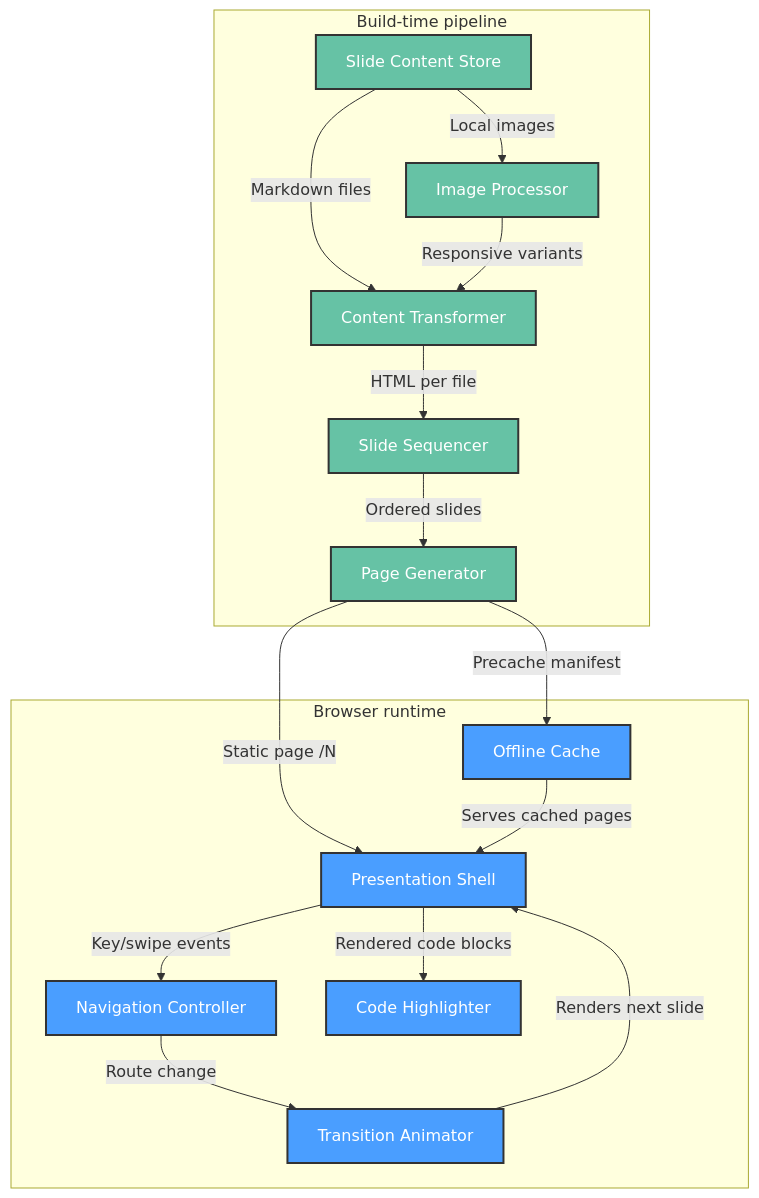
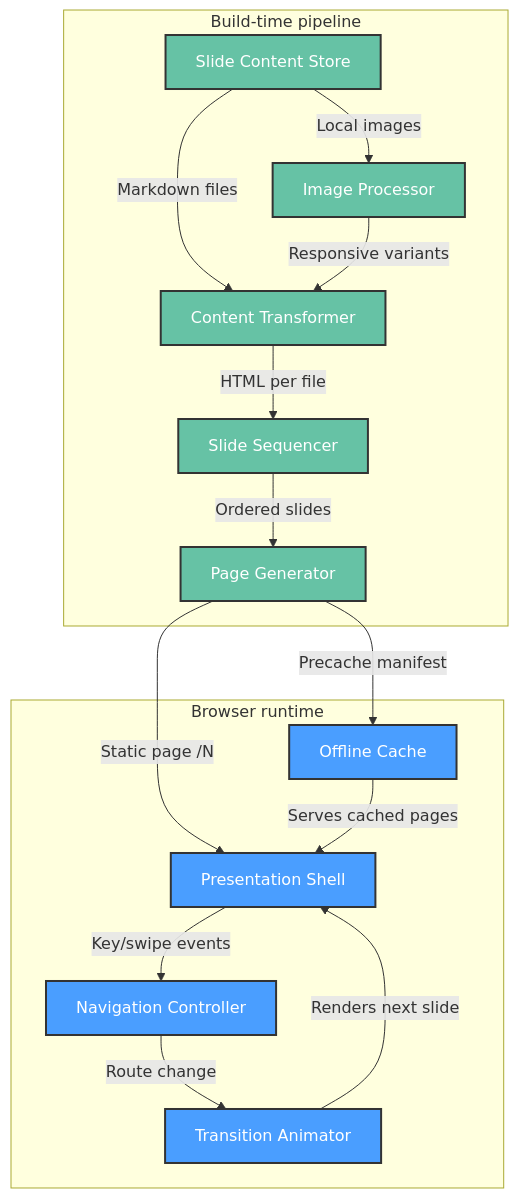
The diagram in .specify/architect/views/system/functional.md (sshahar1/introduction-to-data-engineering), drawn with Mermaid before and after one commit. The commit also changed other lines of this file and 10 other files, not shown here.

````diff
--- a/.specify/architect/views/system/functional.md
+++ b/.specify/architect/views/system/functional.md
@@ -38,37 +37,35 @@
 ```mermaid
 graph TD
     subgraph Build["Build-time pipeline"]
         Content["Slide Content Store"]
         Transformer["Content Transformer"]
         Images["Image Processor"]
         Sequencer["Slide Sequencer"]
         Pages["Page Generator"]
     end
 
     subgraph Runtime["Browser runtime"]
         Shell["Presentation Shell"]
         Nav["Navigation Controller"]
         Anim["Transition Animator"]
-        Hl["Code Highlighter"]
         Cache["Offline Cache"]
     end
 
     Content -->|"Markdown files"| Transformer
     Content -->|"Local images"| Images
     Images -->|"Responsive variants"| Transformer
     Transformer -->|"HTML per file"| Sequencer
     Sequencer -->|"Ordered slides"| Pages
     Pages -->|"Static page /N"| Shell
     Pages -->|"Precache manifest"| Cache
     Cache -->|"Serves cached pages"| Shell
     Shell -->|"Key/swipe events"| Nav
     Nav -->|"Route change"| Anim
     Anim -->|"Renders next slide"| Shell
-    Shell -->|"Rendered code blocks"| Hl
 
     classDef buildNode fill:#66c2a5,stroke:#333,stroke-width:2px,color:#fff
     classDef runtimeNode fill:#4a9eff,stroke:#333,stroke-width:2px,color:#fff
 
     class Content,Transformer,Images,Sequencer,Pages buildNode
-    class Shell,Nav,Anim,Hl,Cache runtimeNode
+    class Shell,Nav,Anim,Cache runtimeNode
 ```
````
